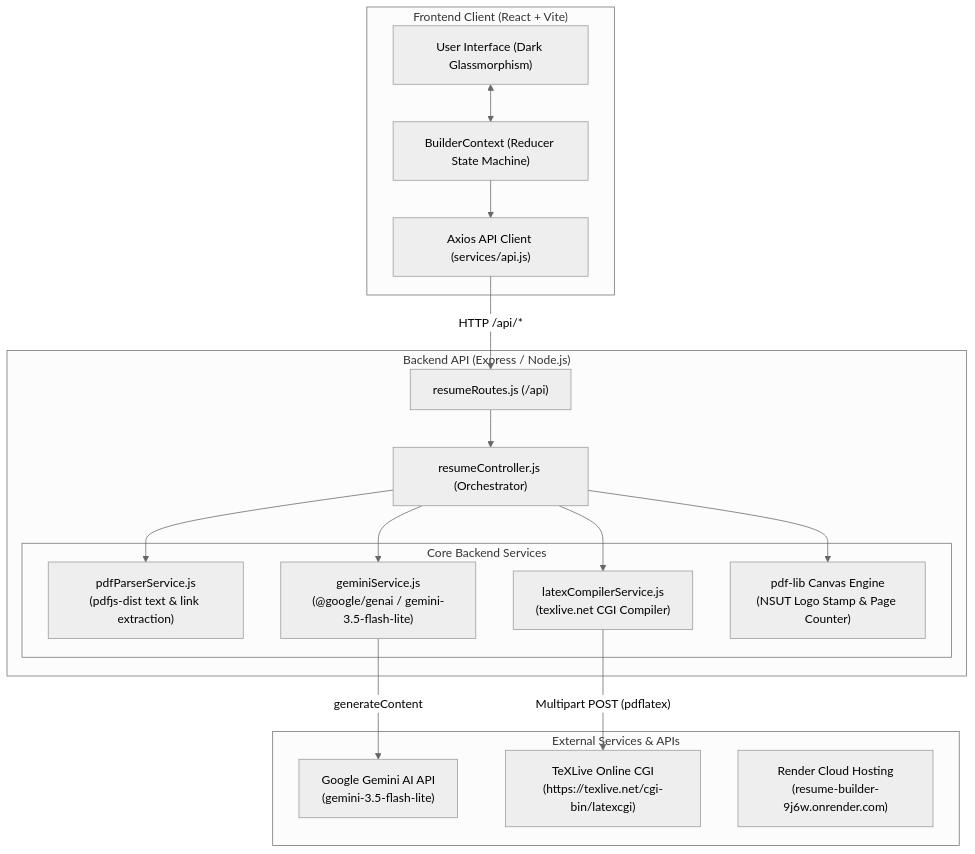
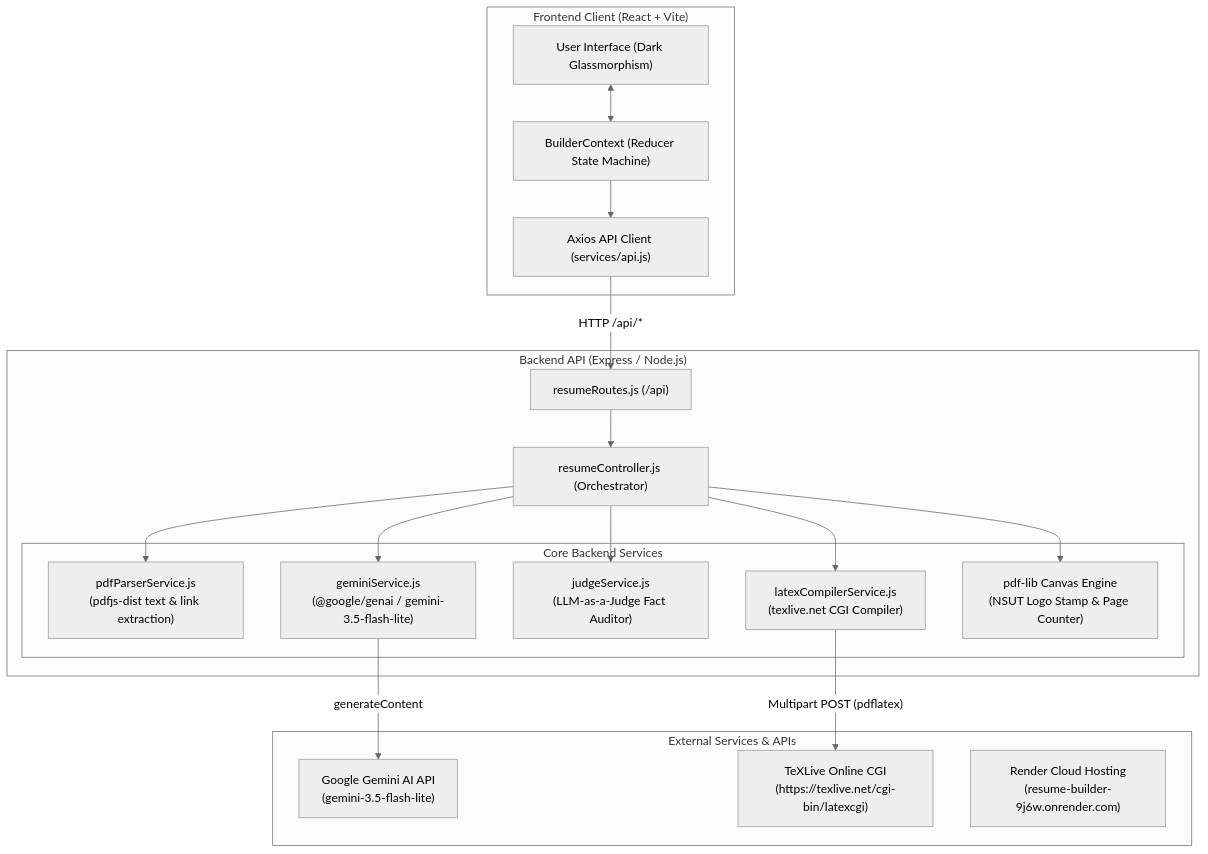
The first of 7 diagrams in KNOWLEDGE_GRAPH.md (tanyaguptaaaa29/resume-builder), drawn with Mermaid (neutral theme) before and after one commit. The commit also changed 11 other files, not shown here.

Commit message:
feat: implement LLM-as-a-Judge anti-hallucination verification loop and flow architecture

````diff
--- a/KNOWLEDGE_GRAPH.md
+++ b/KNOWLEDGE_GRAPH.md
@@ -14,40 +14,42 @@
 ```mermaid
 graph TD
     subgraph Client["Frontend Client (React + Vite)"]
         UI["User Interface (Dark Glassmorphism)"]
         CTX["BuilderContext (Reducer State Machine)"]
         API_CLIENT["Axios API Client (services/api.js)"]
         
         UI <--> CTX
         CTX --> API_CLIENT
     end
 
     subgraph Server["Backend API (Express / Node.js)"]
         ROUTER["resumeRoutes.js (/api)"]
         CTRL["resumeController.js (Orchestrator)"]
         
         ROUTER --> CTRL
         
         subgraph Services["Core Backend Services"]
             PDF_PARSER["pdfParserService.js\n(pdfjs-dist text & link extraction)"]
             GEMINI["geminiService.js\n(@google/genai / gemini-3.5-flash-lite)"]
+            JUDGE["judgeService.js\n(LLM-as-a-Judge Fact Auditor)"]
             LATEX_COMPILER["latexCompilerService.js\n(texlive.net CGI Compiler)"]
             PDF_LIB["pdf-lib Canvas Engine\n(NSUT Logo Stamp & Page Counter)"]
         end
 
         CTRL --> PDF_PARSER
         CTRL --> GEMINI
+        CTRL --> JUDGE
         CTRL --> LATEX_COMPILER
         CTRL --> PDF_LIB
     end
 
     subgraph External["External Services & APIs"]
         GEMINI_API["Google Gemini AI API\n(gemini-3.5-flash-lite)"]
         TEXLIVE_API["TeXLive Online CGI\n(https://texlive.net/cgi-bin/latexcgi)"]
         RENDER["Render Cloud Hosting\n(resume-builder-9j6w.onrender.com)"]
     end
 
     API_CLIENT -- "HTTP /api/*" --> ROUTER
     GEMINI -- "generateContent" --> GEMINI_API
     LATEX_COMPILER -- "Multipart POST (pdflatex)" --> TEXLIVE_API
 ```
````
